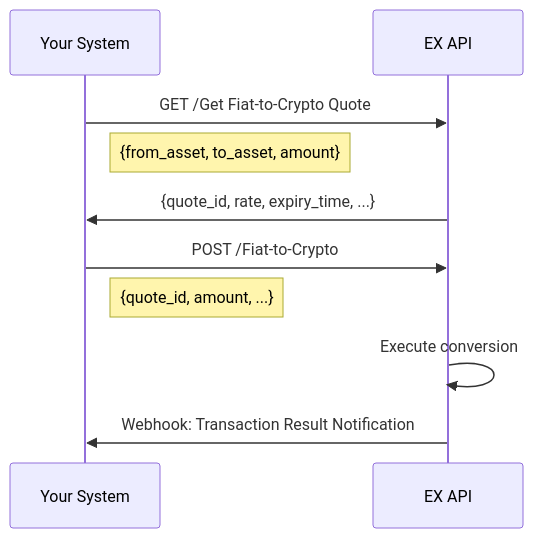
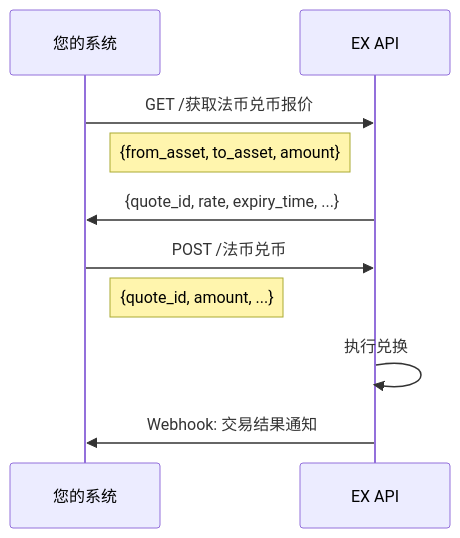
Diagram 15 of 16 in Solutions/solutions/crypto-solutions-cn.md (xiaoxiaoangie/EX-NEW), drawn with Mermaid before and after one commit. The commit also changed other lines of this file and 36 other files, not shown here.

````diff
--- a/Solutions/solutions/crypto-solutions-cn.md
+++ b/Solutions/solutions/crypto-solutions-cn.md
@@ -485,13 +485,13 @@
 ```mermaid
 sequenceDiagram
-    participant You as Your System
+    participant You as 您的系统
     participant EX as EX API
 
-    You->>EX: GET /Get Fiat-to-Crypto Quote
+    You->>EX: GET /获取法币兑币报价
     Note right of You: {from_asset, to_asset, amount}
     EX->>You: {quote_id, rate, expiry_time, ...}
-    You->>EX: POST /Fiat-to-Crypto
+    You->>EX: POST /法币兑币
     Note right of You: {quote_id, amount, ...}
-    EX->>EX: Execute conversion
-    EX->>You: Webhook: Transaction Result Notification
+    EX->>EX: 执行兑换
+    EX->>You: Webhook: 交易结果通知
 ```
````
